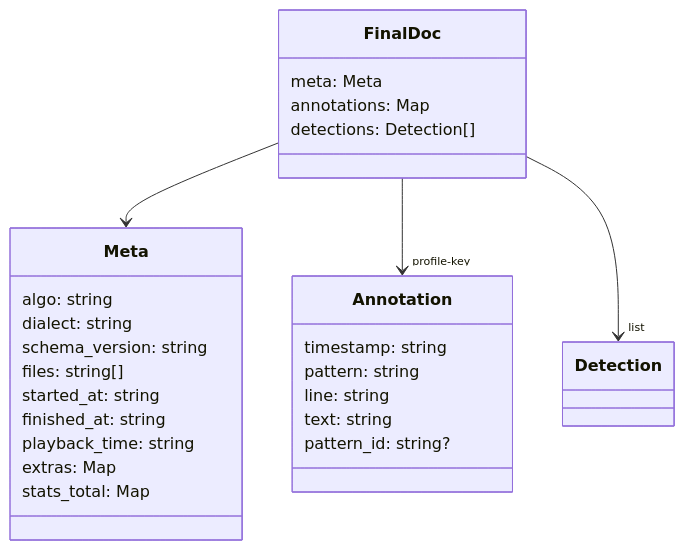
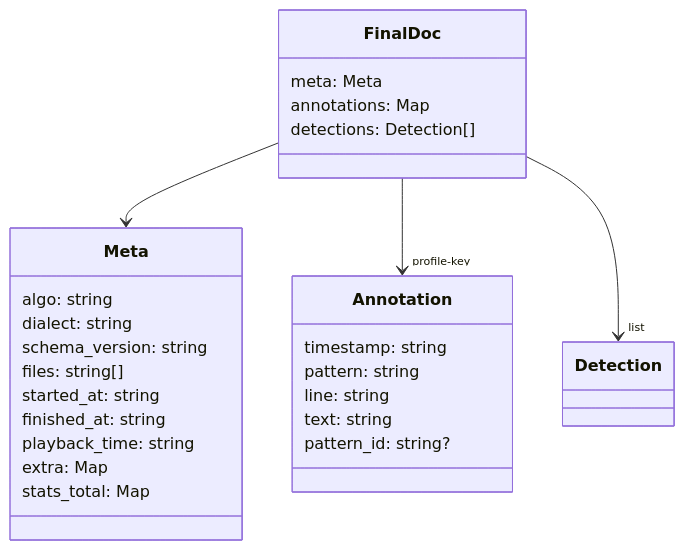
The second of 4 diagrams in docs/schema_overview.md (eewpw/eewpw-parser), drawn with Mermaid before and after one commit. The commit also changed other lines of this file and 24 other files, not shown here.

Commit message:
refactor: replace extras in schema + code; update docs/tests paths and legacy count asserts

````diff
--- a/docs/schema_overview.md
+++ b/docs/schema_overview.md
@@ -19,31 +19,31 @@
 ```mermaid
 classDiagram
     class FinalDoc {
         meta: Meta
         annotations: Map<string, Annotation[]>
         detections: Detection[]
     }
     class Meta {
         algo: string
         dialect: string
         schema_version: string
         files: string[]
         started_at: string
         finished_at: string
         playback_time: string
-        extras: Map<string, any>
+        extra: Map<string, any>
         stats_total: Map<string, int>
     }
     class Annotation {
         timestamp: string
         pattern: string
         line: string
         text: string
         pattern_id: string?
     }
     class Detection
 
     FinalDoc --> Meta
     FinalDoc --> "profile-key" Annotation
     FinalDoc --> "list" Detection
 ```
````
